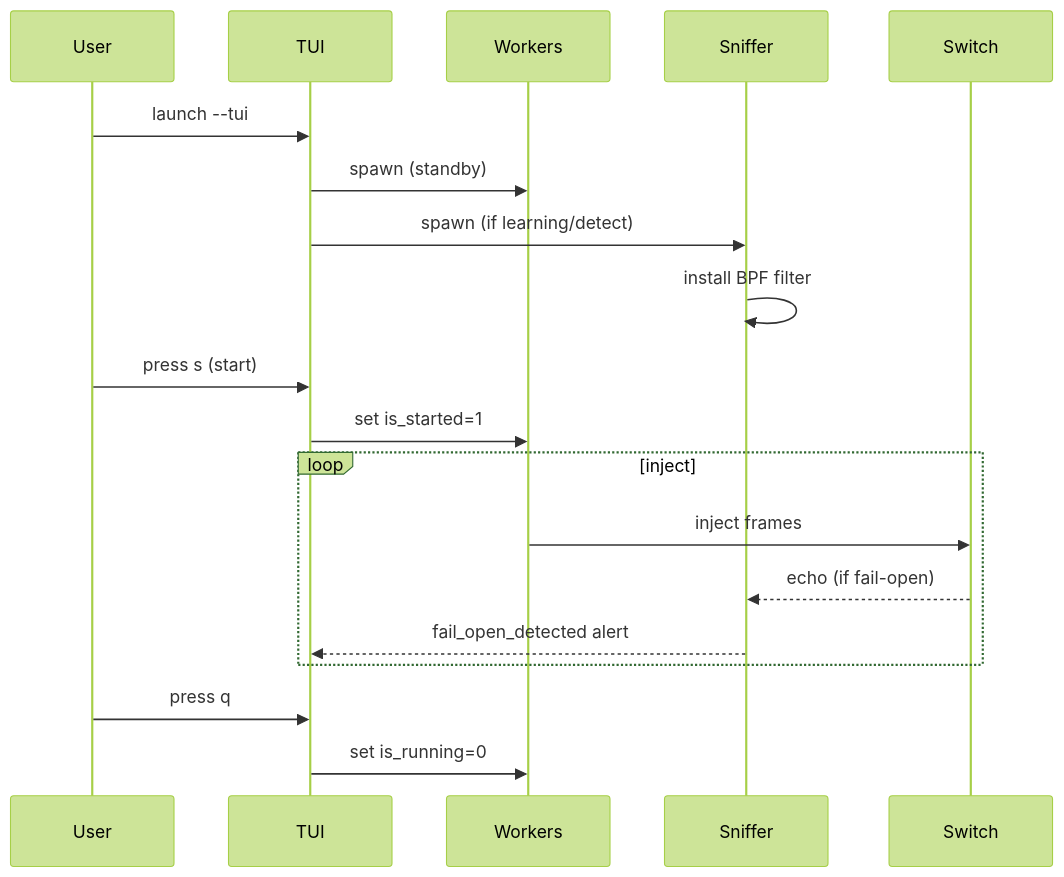
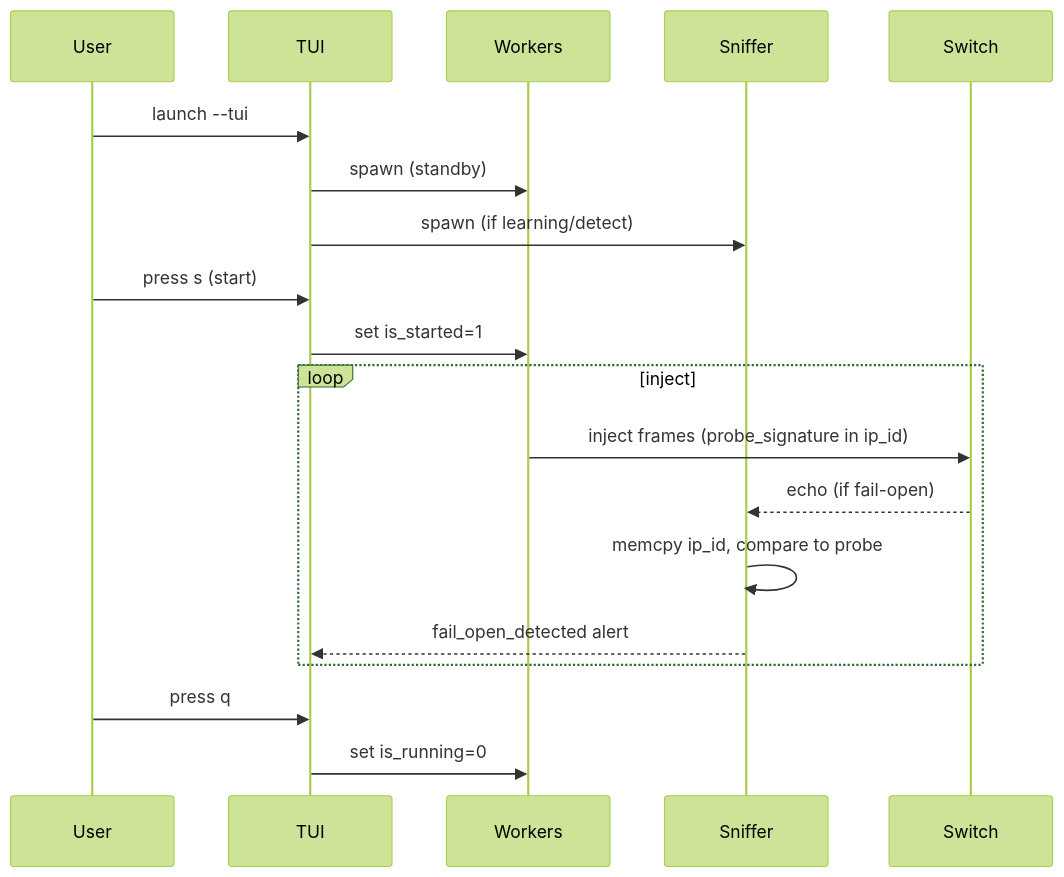
One commit to mstits/Basidium changed the fifth of 10 diagrams in README.md. Above: the diagram before and after it, drawn with Mermaid (forest theme). The commit also changed other lines of this file, not shown here.

First line of the commit message:
v2.6 README: add what's-new section, update mermaid diagrams + source layout

````diff
--- a/README.md
+++ b/README.md
@@ -197,22 +240,22 @@
 ```mermaid
 sequenceDiagram
     participant User
     participant TUI
     participant Workers
     participant Sniffer
     participant Switch
 
     User->>TUI: launch --tui
     TUI->>Workers: spawn (standby)
     TUI->>Sniffer: spawn (if learning/detect)
-    Sniffer->>Sniffer: install BPF filter
     User->>TUI: press s (start)
     TUI->>Workers: set is_started=1
     loop inject
-        Workers->>Switch: inject frames
+        Workers->>Switch: inject frames (probe_signature in ip_id)
         Switch-->>Sniffer: echo (if fail-open)
+        Sniffer->>Sniffer: memcpy ip_id, compare to probe
         Sniffer-->>TUI: fail_open_detected alert
     end
     User->>TUI: press q
     TUI->>Workers: set is_running=0
 ```
````
